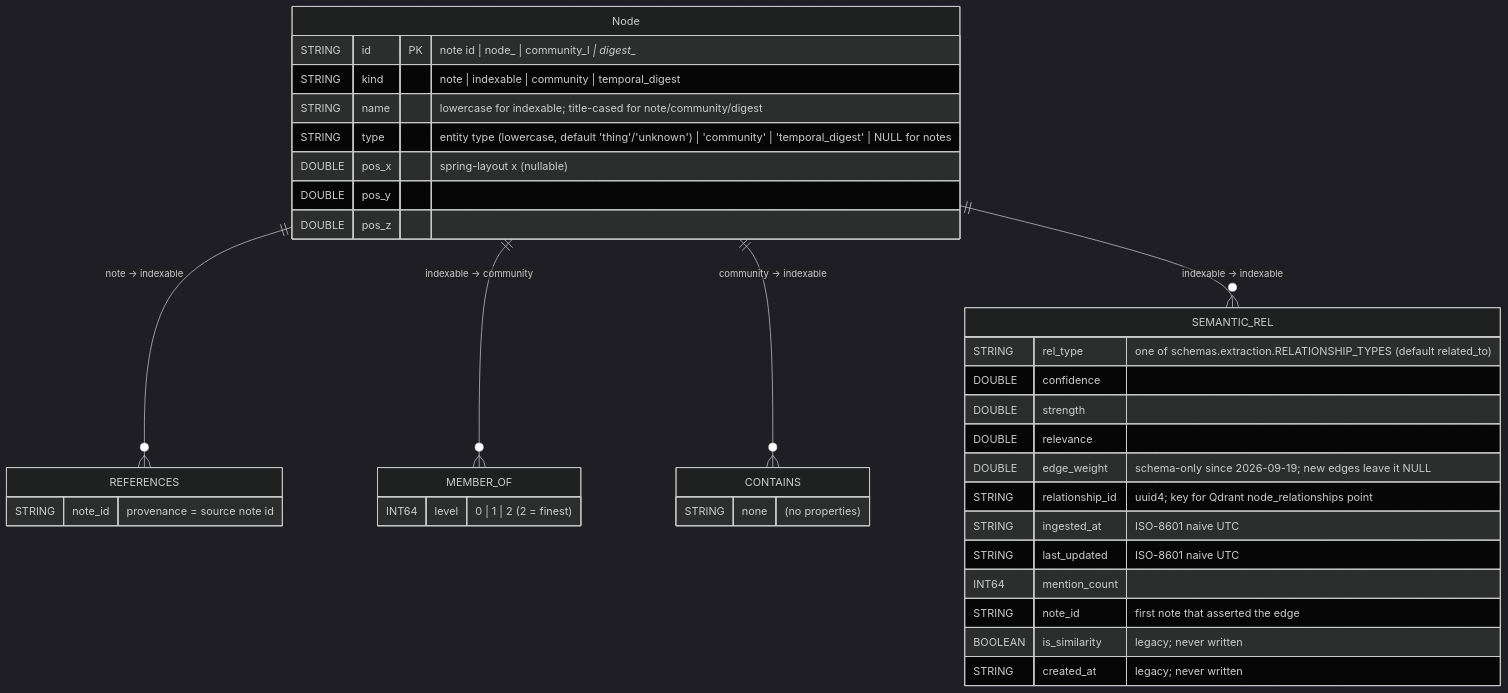
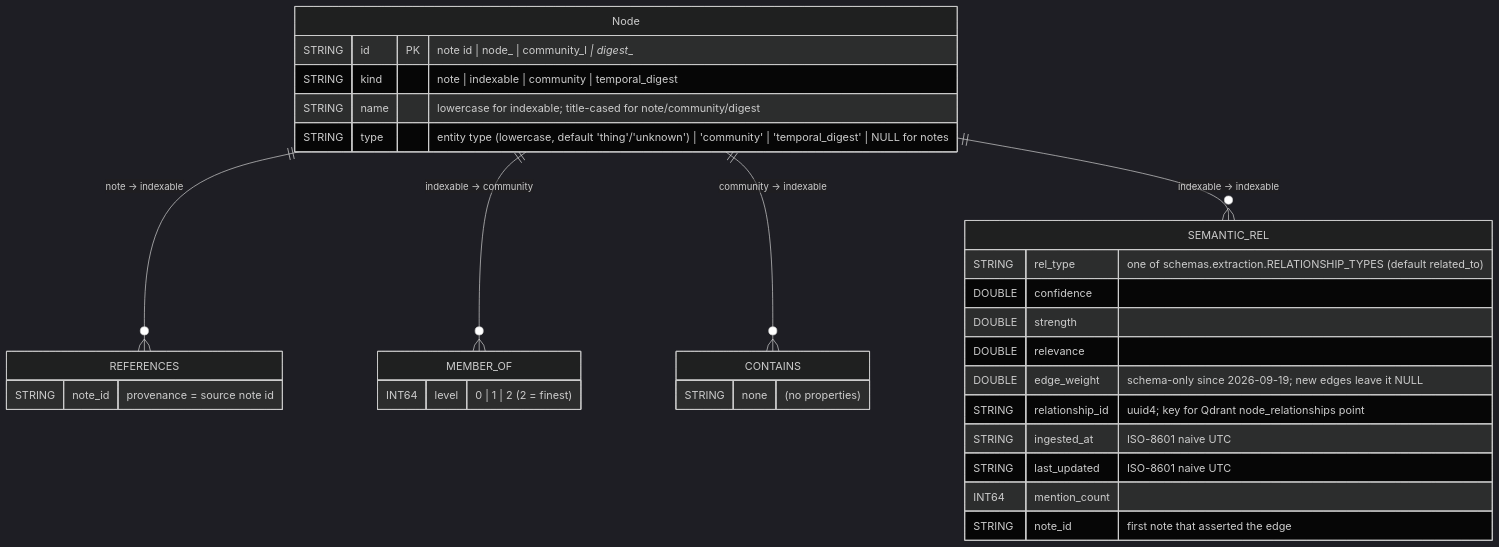
One commit to josetseph/Orb changed the second of 3 diagrams in Docs/14-graph-storage-kuzu.md. Above: the diagram before and after it, drawn with Mermaid (dark theme). The commit also changed other lines of this file and 88 other files, not shown here.

````diff
--- a/Docs/14-graph-storage-kuzu.md
+++ b/Docs/14-graph-storage-kuzu.md
@@ -73,39 +73,34 @@
 ```mermaid
 erDiagram
     Node {
         STRING id PK "note id | node_<uuid4> | community_l<L>_<hex> | digest_<period>_<key>"
         STRING kind "note | indexable | community | temporal_digest"
         STRING name "lowercase for indexable; title-cased for note/community/digest"
         STRING type "entity type (lowercase, default 'thing'/'unknown') | 'community' | 'temporal_digest' | NULL for notes"
-        DOUBLE pos_x "spring-layout x (nullable)"
-        DOUBLE pos_y
-        DOUBLE pos_z
     }
     Node ||--o{ REFERENCES : "note -> indexable"
     REFERENCES {
         STRING note_id "provenance = source note id"
     }
     Node ||--o{ MEMBER_OF : "indexable -> community"
     MEMBER_OF {
         INT64 level "0 | 1 | 2 (2 = finest)"
     }
     Node ||--o{ CONTAINS : "community -> indexable"
     CONTAINS {
         STRING none "(no properties)"
     }
     Node ||--o{ SEMANTIC_REL : "indexable -> indexable"
     SEMANTIC_REL {
         STRING rel_type "one of schemas.extraction.RELATIONSHIP_TYPES (default related_to)"
         DOUBLE confidence
         DOUBLE strength
         DOUBLE relevance
         DOUBLE edge_weight "schema-only since 2026-09-19; new edges leave it NULL"
         STRING relationship_id "uuid4; key for Qdrant node_relationships point"
         STRING ingested_at "ISO-8601 naive UTC"
         STRING last_updated "ISO-8601 naive UTC"
         INT64 mention_count
         STRING note_id "first note that asserted the edge"
-        BOOLEAN is_similarity "legacy; never written"
-        STRING created_at "legacy; never written"
     }
 ```
````
